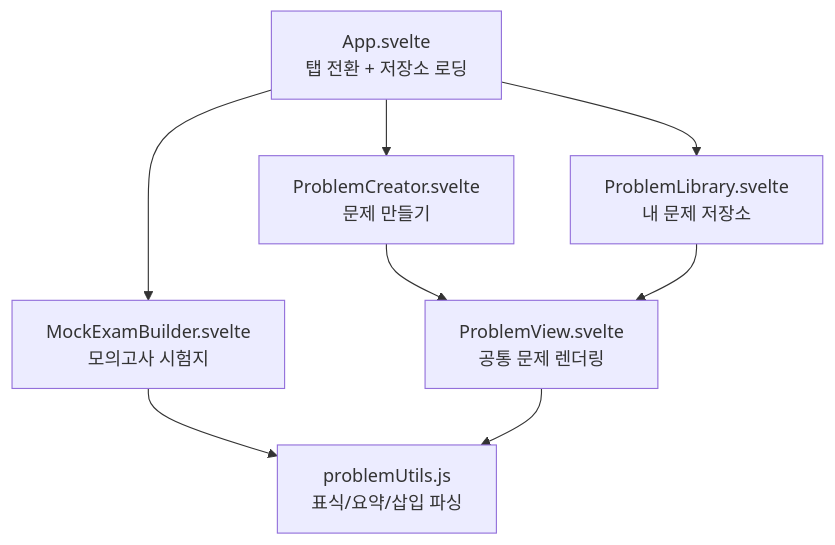
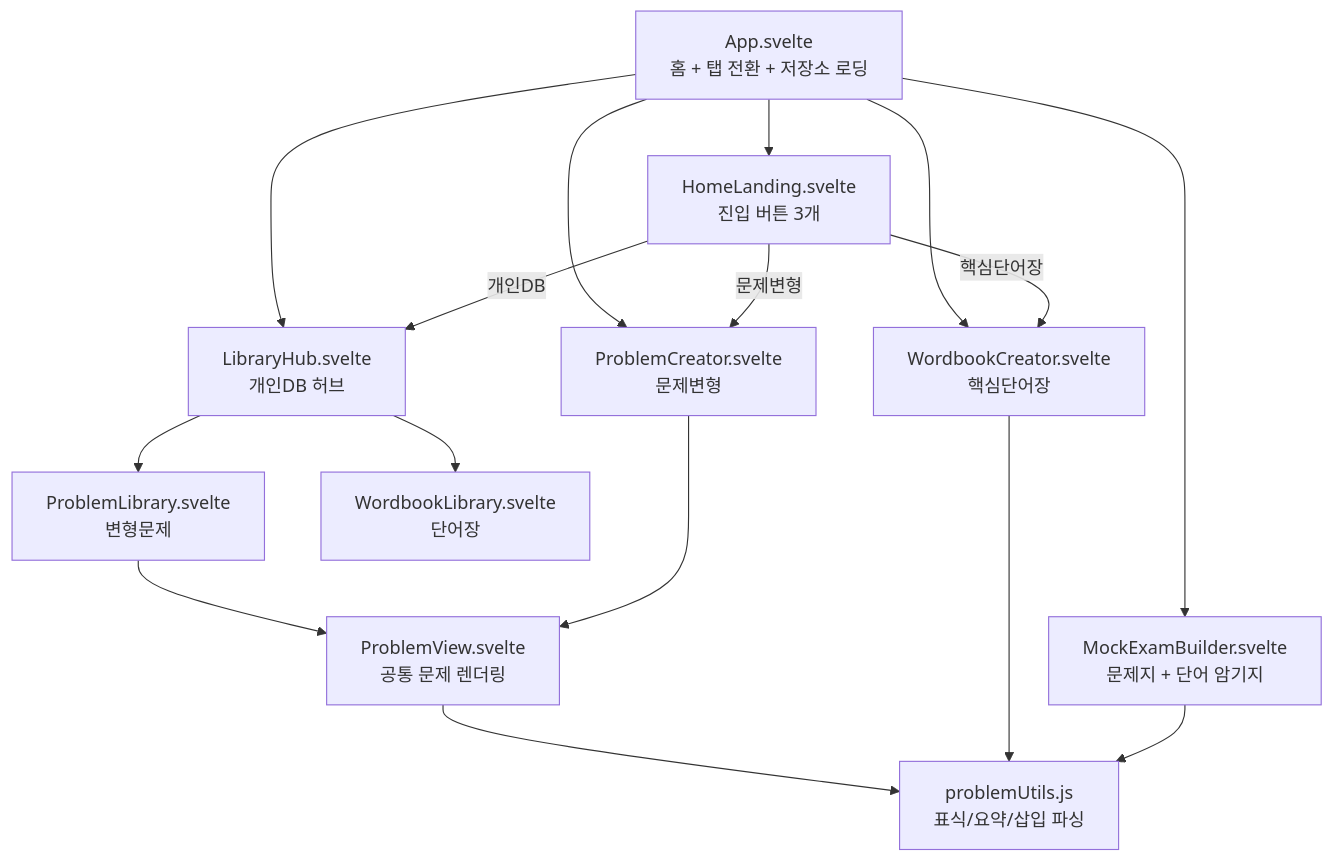
Before and after one commit to LEE-hyeon0771/Problem_Change_Project: the third of 3 diagrams in README.md, drawn with Mermaid. The commit also changed other lines of this file and 235 other files, not shown here.

````diff
--- a/README.md
+++ b/README.md
@@ -133,13 +195,22 @@
 ```mermaid
 flowchart TB
-    APP[App.svelte<br/>탭 전환 + 저장소 로딩]
+    APP[App.svelte<br/>홈 + 탭 전환 + 저장소 로딩]
 
-    APP --> C[ProblemCreator.svelte<br/>문제 만들기]
-    APP --> L[ProblemLibrary.svelte<br/>내 문제 저장소]
-    APP --> E[MockExamBuilder.svelte<br/>모의고사 시험지]
+    APP --> H[HomeLanding.svelte<br/>진입 버튼 3개]
+    H -->|문제변형| C
+    H -->|핵심단어장| WB
+    H -->|개인DB| L
+
+    APP --> C[ProblemCreator.svelte<br/>문제변형]
+    APP --> WB[WordbookCreator.svelte<br/>핵심단어장]
+    APP --> L[LibraryHub.svelte<br/>개인DB 허브]
+    L --> PL[ProblemLibrary.svelte<br/>변형문제]
+    L --> WL[WordbookLibrary.svelte<br/>단어장]
+    APP --> E[MockExamBuilder.svelte<br/>문제지 + 단어 암기지]
 
     C --> PV[ProblemView.svelte<br/>공통 문제 렌더링]
-    L --> PV
+    PL --> PV
     E --> U[problemUtils.js<br/>표식/요약/삽입 파싱]
+    WB --> U
     PV --> U
 ```
````
